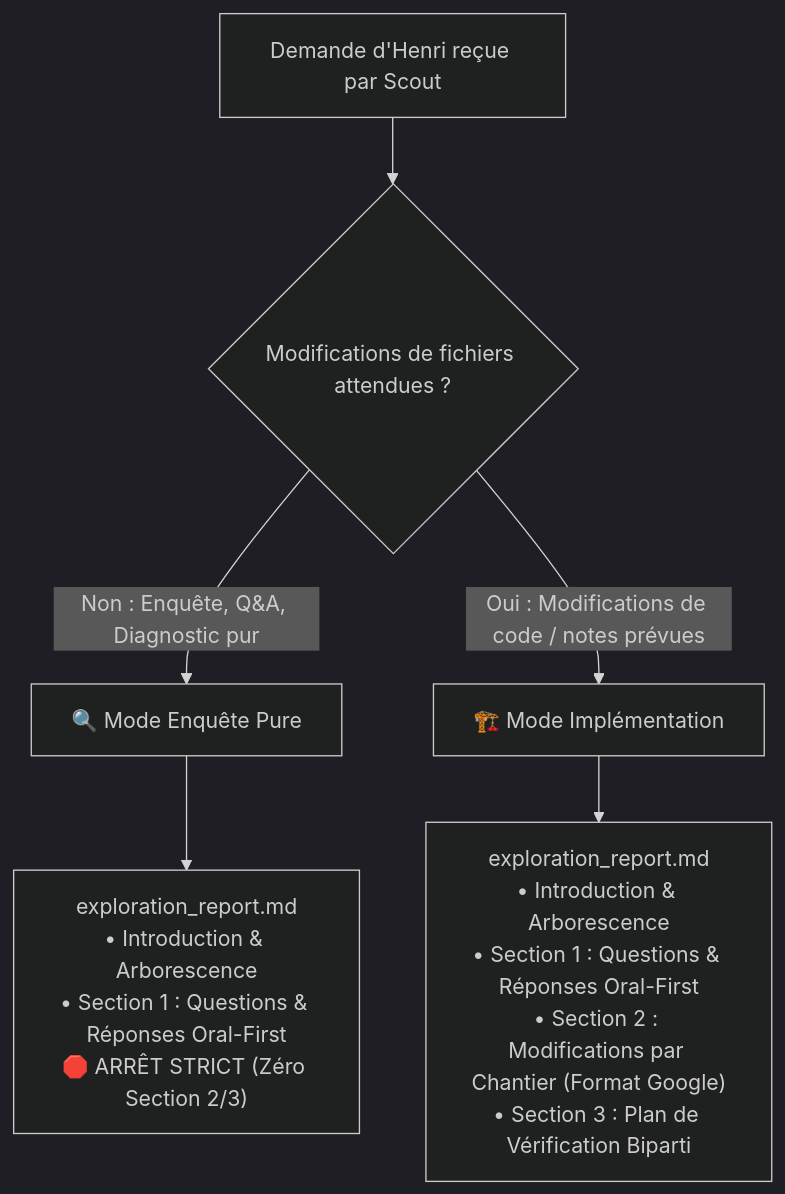
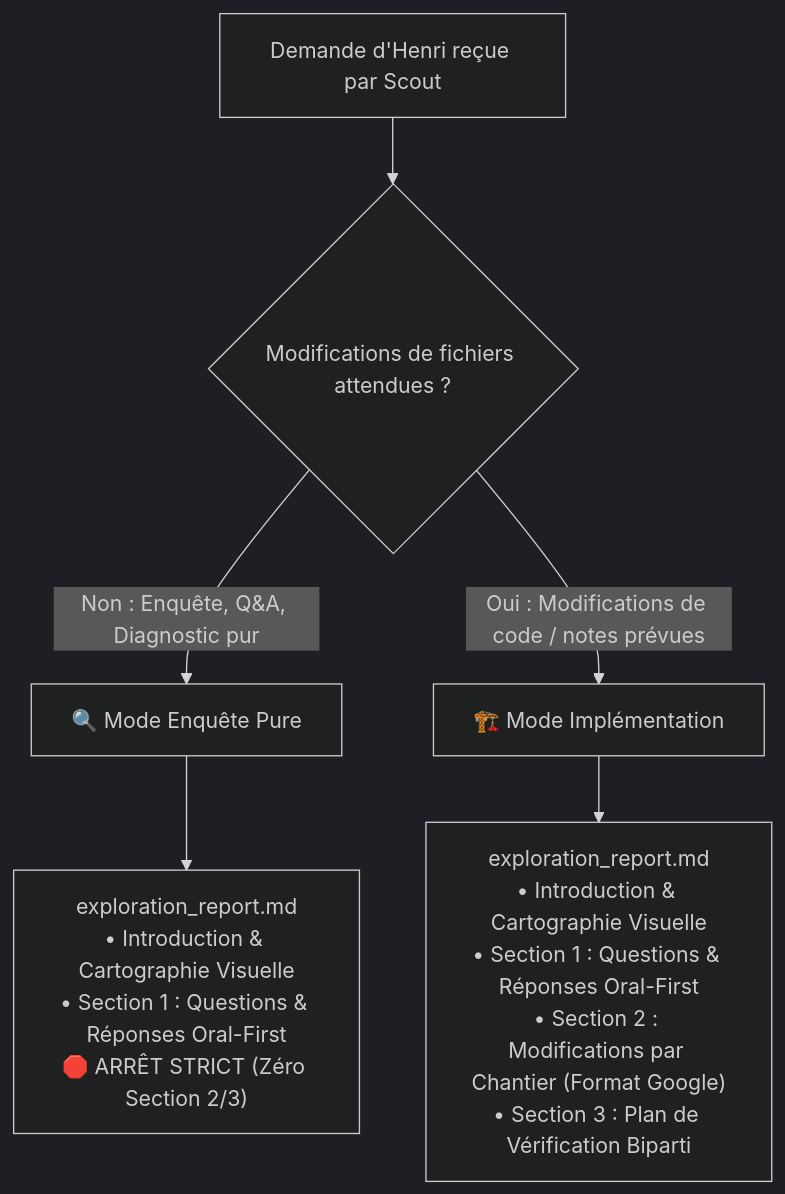
The first of 2 diagrams in src/skills/scout/SKILL.md (hjamet/cursor-memory-bank), drawn with Mermaid (dark theme) before and after one commit. The commit also changed other lines of this file and 1 other file, not shown here.

Commit message:
docs(skills): remove redundant arborescence when mermaid chart is present and mandate active ask_question for arbitrations

````diff
--- a/src/skills/scout/SKILL.md
+++ b/src/skills/scout/SKILL.md
@@ -111,9 +111,9 @@
 ```mermaid
 flowchart TD
     DEMANDE["Demande d'Henri reçue par Scout"] --> EVAL{"Modifications de fichiers attendues ?"}
     EVAL -->|Non : Enquête, Q&A, Diagnostic pur| MODE_ENQUETE["🔍 Mode Enquête Pure"]
     EVAL -->|Oui : Modifications de code / notes prévues| MODE_BUILD["🏗️ Mode Implémentation"]
     
-    MODE_ENQUETE --> ART_1["exploration_report.md<br/>• Introduction & Arborescence<br/>• Section 1 : Questions & Réponses Oral-First<br/>🛑 ARRÊT STRICT (Zéro Section 2/3)"]
-    MODE_BUILD --> ART_2["exploration_report.md<br/>• Introduction & Arborescence<br/>• Section 1 : Questions & Réponses Oral-First<br/>• Section 2 : Modifications par Chantier (Format Google)<br/>• Section 3 : Plan de Vérification Biparti"]
+    MODE_ENQUETE --> ART_1["exploration_report.md<br/>• Introduction & Cartographie Visuelle<br/>• Section 1 : Questions & Réponses Oral-First<br/>🛑 ARRÊT STRICT (Zéro Section 2/3)"]
+    MODE_BUILD --> ART_2["exploration_report.md<br/>• Introduction & Cartographie Visuelle<br/>• Section 1 : Questions & Réponses Oral-First<br/>• Section 2 : Modifications par Chantier (Format Google)<br/>• Section 3 : Plan de Vérification Biparti"]
 ```
````
